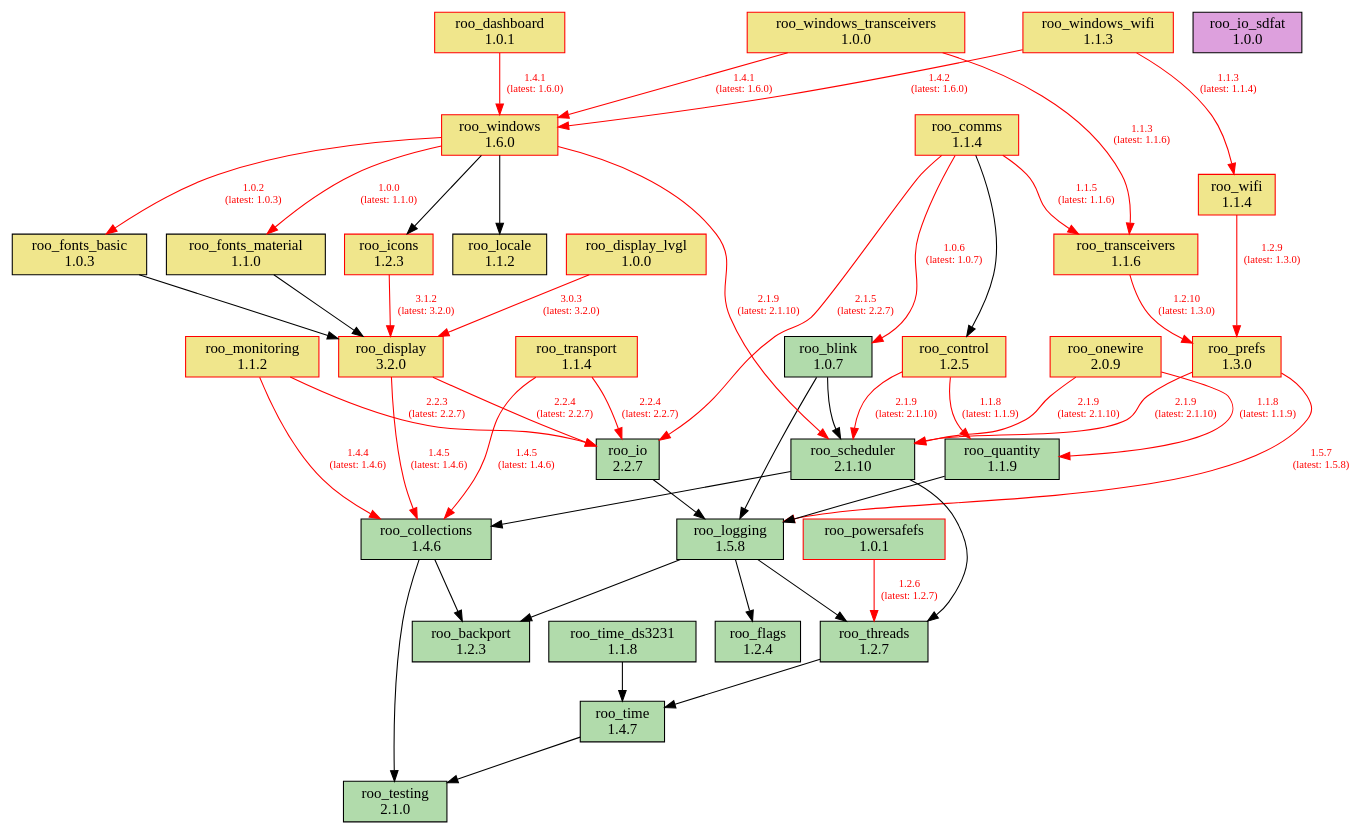
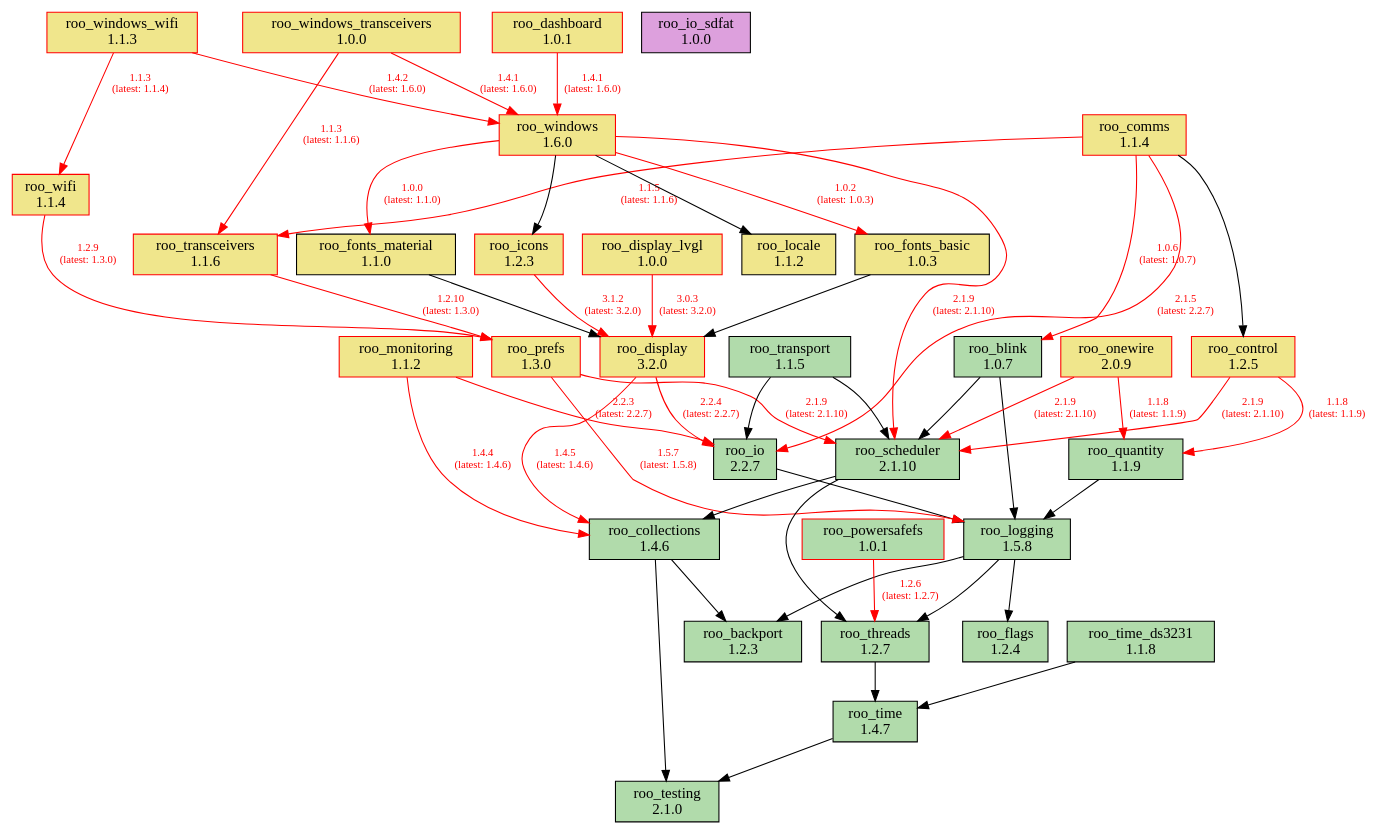
One commit to dejwk/roo-registry changed the diagram in doc/dependencies.dot. Above: the diagram before and after it, drawn with Graphviz. The commit also changed 3 other files, not shown here.

Commit message:
Added roo_transport 1.1.5 to the registry.

```diff
--- a/doc/dependencies.dot
+++ b/doc/dependencies.dot
@@ -1,88 +1,88 @@
 digraph dependencies {
     rankdir=TB;
     node [shape=box, style=filled];
     edge [fontsize=10];
 
     // Modules
     "roo_backport" [label="roo_backport\n1.2.3", fillcolor="#b1dbab", color="black"];
     "roo_blink" [label="roo_blink\n1.0.7", fillcolor="#b1dbab", color="black"];
     "roo_collections" [label="roo_collections\n1.4.6", fillcolor="#b1dbab", color="black"];
     "roo_comms" [label="roo_comms\n1.1.4", fillcolor="khaki", color="red"];
     "roo_control" [label="roo_control\n1.2.5", fillcolor="khaki", color="red"];
     "roo_dashboard" [label="roo_dashboard\n1.0.1", fillcolor="khaki", color="red"];
     "roo_display" [label="roo_display\n3.2.0", fillcolor="khaki", color="red"];
     "roo_display_lvgl" [label="roo_display_lvgl\n1.0.0", fillcolor="khaki", color="red"];
     "roo_flags" [label="roo_flags\n1.2.4", fillcolor="#b1dbab", color="black"];
     "roo_fonts_basic" [label="roo_fonts_basic\n1.0.3", fillcolor="khaki", color="black"];
     "roo_fonts_material" [label="roo_fonts_material\n1.1.0", fillcolor="khaki", color="black"];
     "roo_icons" [label="roo_icons\n1.2.3", fillcolor="khaki", color="red"];
     "roo_io" [label="roo_io\n2.2.7", fillcolor="#b1dbab", color="black"];
     "roo_io_sdfat" [label="roo_io_sdfat\n1.0.0", fillcolor="plum", color="black"];
     "roo_locale" [label="roo_locale\n1.1.2", fillcolor="khaki", color="black"];
     "roo_logging" [label="roo_logging\n1.5.8", fillcolor="#b1dbab", color="black"];
     "roo_monitoring" [label="roo_monitoring\n1.1.2", fillcolor="khaki", color="red"];
     "roo_onewire" [label="roo_onewire\n2.0.9", fillcolor="khaki", color="red"];
     "roo_powersafefs" [label="roo_powersafefs\n1.0.1", fillcolor="#b1dbab", color="red"];
     "roo_prefs" [label="roo_prefs\n1.3.0", fillcolor="khaki", color="red"];
     "roo_quantity" [label="roo_quantity\n1.1.9", fillcolor="#b1dbab", color="black"];
     "roo_scheduler" [label="roo_scheduler\n2.1.10", fillcolor="#b1dbab", color="black"];
     "roo_testing" [label="roo_testing\n2.1.0", fillcolor="#b1dbab", color="black"];
     "roo_threads" [label="roo_threads\n1.2.7", fillcolor="#b1dbab", color="black"];
     "roo_time" [label="roo_time\n1.4.7", fillcolor="#b1dbab", color="black"];
     "roo_time_ds3231" [label="roo_time_ds3231\n1.1.8", fillcolor="#b1dbab", color="black"];
     "roo_transceivers" [label="roo_transceivers\n1.1.6", fillcolor="khaki", color="red"];
-    "roo_transport" [label="roo_transport\n1.1.4", fillcolor="khaki", color="red"];
+    "roo_transport" [label="roo_transport\n1.1.5", fillcolor="#b1dbab", color="black"];
     "roo_wifi" [label="roo_wifi\n1.1.4", fillcolor="khaki", color="red"];
     "roo_windows" [label="roo_windows\n1.6.0", fillcolor="khaki", color="red"];
     "roo_windows_transceivers" [label="roo_windows_transceivers\n1.0.0", fillcolor="khaki", color="red"];
     "roo_windows_wifi" [label="roo_windows_wifi\n1.1.3", fillcolor="khaki", color="red"];
 
     // Dependencies
     "roo_blink" -> "roo_logging";
     "roo_blink" -> "roo_scheduler";
     "roo_collections" -> "roo_testing";
     "roo_collections" -> "roo_backport";
     "roo_comms" -> "roo_blink" [color=red, fontcolor=red, label="1.0.6\n(latest: 1.0.7)"];
     "roo_comms" -> "roo_control";
     "roo_comms" -> "roo_io" [color=red, fontcolor=red, label="2.1.5\n(latest: 2.2.7)"];
     "roo_comms" -> "roo_transceivers" [color=red, fontcolor=red, label="1.1.5\n(latest: 1.1.6)"];
     "roo_control" -> "roo_quantity" [color=red, fontcolor=red, label="1.1.8\n(latest: 1.1.9)"];
     "roo_control" -> "roo_scheduler" [color=red, fontcolor=red, label="2.1.9\n(latest: 2.1.10)"];
     "roo_dashboard" -> "roo_windows" [color=red, fontcolor=red, label="1.4.1\n(latest: 1.6.0)"];
     "roo_display" -> "roo_collections" [color=red, fontcolor=red, label="1.4.5\n(latest: 1.4.6)"];
     "roo_display" -> "roo_io" [color=red, fontcolor=red, label="2.2.4\n(latest: 2.2.7)"];
     "roo_display_lvgl" -> "roo_display" [color=red, fontcolor=red, label="3.0.3\n(latest: 3.2.0)"];
     "roo_fonts_basic" -> "roo_display";
     "roo_fonts_material" -> "roo_display";
     "roo_icons" -> "roo_display" [color=red, fontcolor=red, label="3.1.2\n(latest: 3.2.0)"];
     "roo_io" -> "roo_logging";
     "roo_logging" -> "roo_backport";
     "roo_logging" -> "roo_flags";
     "roo_logging" -> "roo_threads";
     "roo_monitoring" -> "roo_collections" [color=red, fontcolor=red, label="1.4.4\n(latest: 1.4.6)"];
     "roo_monitoring" -> "roo_io" [color=red, fontcolor=red, label="2.2.3\n(latest: 2.2.7)"];
     "roo_onewire" -> "roo_scheduler" [color=red, fontcolor=red, label="2.1.9\n(latest: 2.1.10)"];
     "roo_onewire" -> "roo_quantity" [color=red, fontcolor=red, label="1.1.8\n(latest: 1.1.9)"];
     "roo_powersafefs" -> "roo_threads" [color=red, fontcolor=red, label="1.2.6\n(latest: 1.2.7)"];
     "roo_prefs" -> "roo_logging" [color=red, fontcolor=red, label="1.5.7\n(latest: 1.5.8)"];
     "roo_prefs" -> "roo_scheduler" [color=red, fontcolor=red, label="2.1.9\n(latest: 2.1.10)"];
     "roo_quantity" -> "roo_logging";
     "roo_scheduler" -> "roo_collections";
     "roo_scheduler" -> "roo_threads";
     "roo_threads" -> "roo_time";
     "roo_time" -> "roo_testing";
     "roo_time_ds3231" -> "roo_time";
     "roo_transceivers" -> "roo_prefs" [color=red, fontcolor=red, label="1.2.10\n(latest: 1.3.0)"];
-    "roo_transport" -> "roo_collections" [color=red, fontcolor=red, label="1.4.5\n(latest: 1.4.6)"];
-    "roo_transport" -> "roo_io" [color=red, fontcolor=red, label="2.2.4\n(latest: 2.2.7)"];
+    "roo_transport" -> "roo_io";
+    "roo_transport" -> "roo_scheduler";
     "roo_wifi" -> "roo_prefs" [color=red, fontcolor=red, label="1.2.9\n(latest: 1.3.0)"];
     "roo_windows" -> "roo_fonts_basic" [color=red, fontcolor=red, label="1.0.2\n(latest: 1.0.3)"];
     "roo_windows" -> "roo_fonts_material" [color=red, fontcolor=red, label="1.0.0\n(latest: 1.1.0)"];
     "roo_windows" -> "roo_locale";
     "roo_windows" -> "roo_icons";
     "roo_windows" -> "roo_scheduler" [color=red, fontcolor=red, label="2.1.9\n(latest: 2.1.10)"];
     "roo_windows_transceivers" -> "roo_transceivers" [color=red, fontcolor=red, label="1.1.3\n(latest: 1.1.6)"];
     "roo_windows_transceivers" -> "roo_windows" [color=red, fontcolor=red, label="1.4.1\n(latest: 1.6.0)"];
     "roo_windows_wifi" -> "roo_wifi" [color=red, fontcolor=red, label="1.1.3\n(latest: 1.1.4)"];
     "roo_windows_wifi" -> "roo_windows" [color=red, fontcolor=red, label="1.4.2\n(latest: 1.6.0)"];
 }
```
